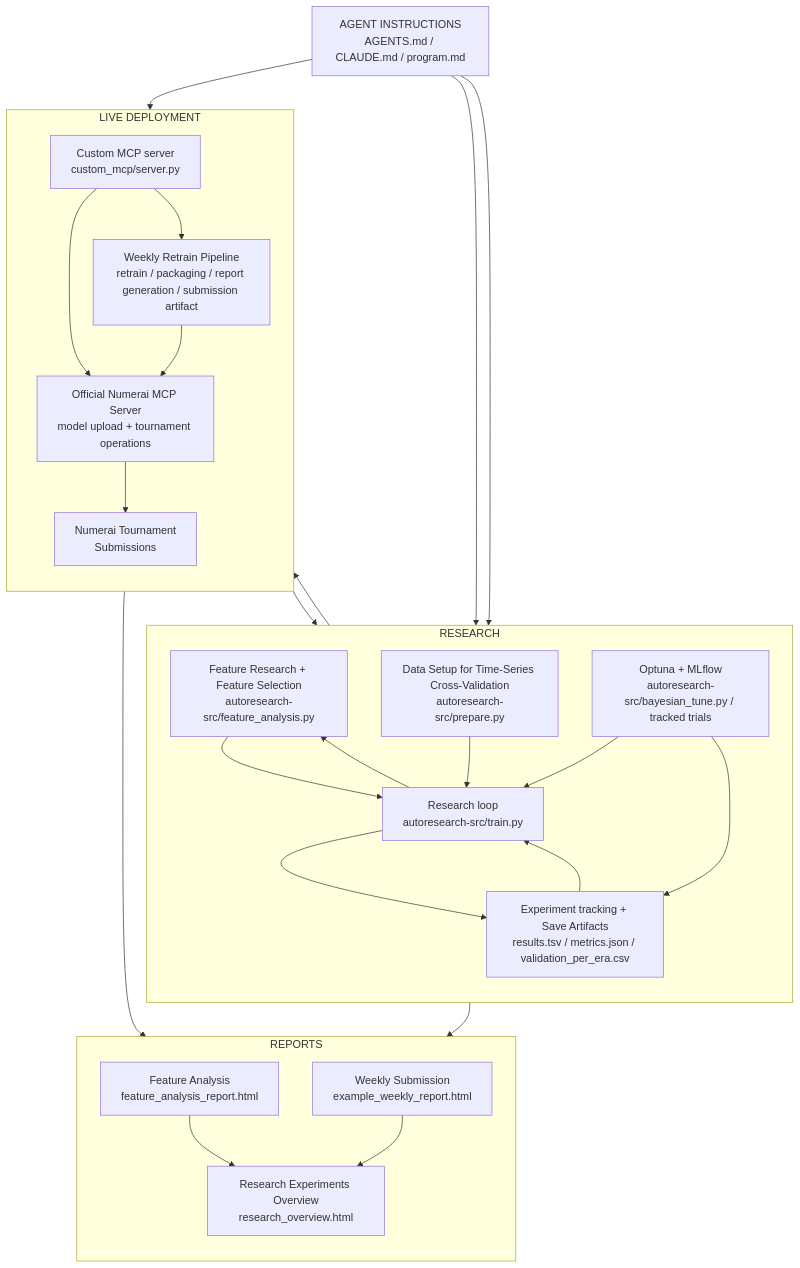
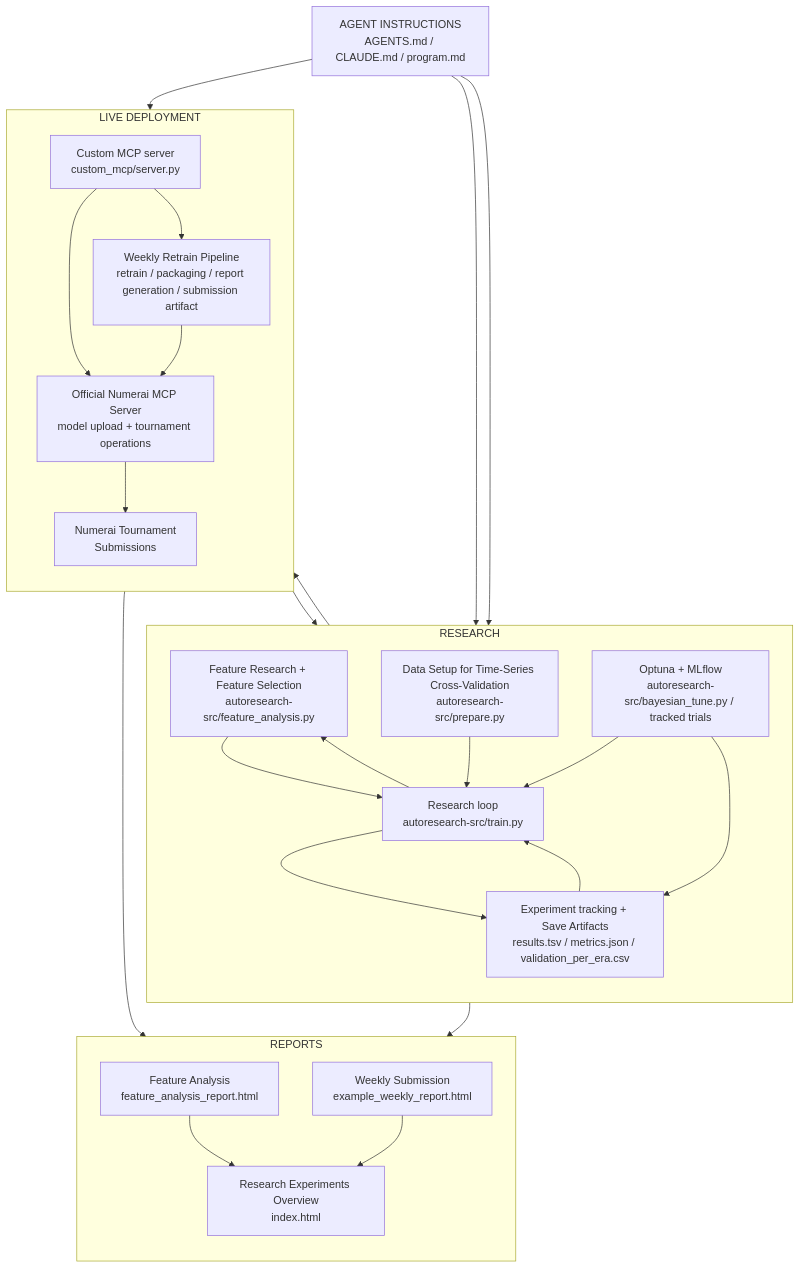
Before and after one commit to rnop/numerai-mcp-autoresearch: the diagram in README.md, drawn with Mermaid. The commit also changed other lines of this file and 5 other files, not shown here.

Commit message:
rename to index.html

````diff
--- a/README.md
+++ b/README.md
@@ -41,49 +41,49 @@
 ```mermaid
 flowchart TD
     A["AGENT INSTRUCTIONS<br/>AGENTS.md / CLAUDE.md / program.md"]
 
     subgraph Research["RESEARCH"]
         direction TB
         C["Feature Research + Feature Selection<br/>autoresearch-src/feature_analysis.py"]
         D["Data Setup for Time-Series Cross-Validation<br/>autoresearch-src/prepare.py"]
         B["Research loop<br/>autoresearch-src/train.py"]
         H["Optuna + MLflow<br/>autoresearch-src/bayesian_tune.py / tracked trials"]
         F["Experiment tracking + Save Artifacts<br/>results.tsv / metrics.json / validation_per_era.csv"]
         D --> B
         H --> B
         H --> F
         B --> F
         F --> B
         B --> C
     end
 
     subgraph Reports["REPORTS"]
         direction TB
         N["Feature Analysis<br/>feature_analysis_report.html"]
         P["Weekly Submission<br/>example_weekly_report.html"]
-        Q["Research Experiments Overview<br/>research_overview.html"]
+        Q["Research Experiments Overview<br/>index.html"]
         C --> N
         N --> Q
         P --> Q
     end
 
     subgraph Live["LIVE DEPLOYMENT"]
         direction TB
         L["Custom MCP server<br/>custom_mcp/server.py"]
         J["Weekly Retrain Pipeline<br/>retrain / packaging / report generation / submission artifact"]
         R["Official Numerai MCP Server<br/>model upload + tournament operations"]
         S["Numerai Tournament<br/>Submissions"]
         L --> B
         L --> J
         J --> P
         R --> S
     end
 
     A --> C
     A --> D
     A --> L
     C --> B
     F --> J
     L --> R
     J --> R
 ```
````
